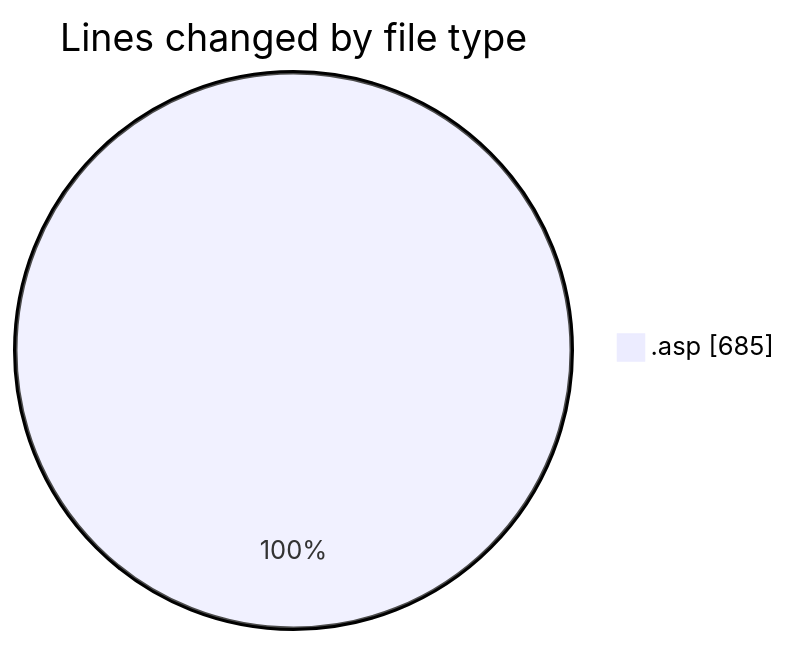
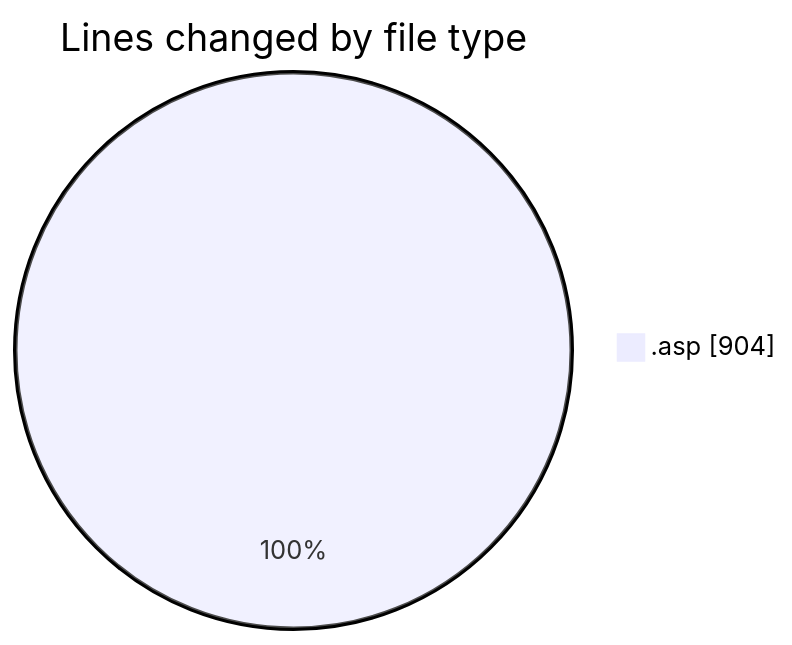
One commit to julien-gomy/code-tracking changed the first of 2 diagrams in 2025-10-07/cdp_aleoudev_fr__workspace_/README.md. Above: the diagram before and after it, drawn with Mermaid. The commit also changed other lines of this file and 1 other file, not shown here.

````diff
--- a/2025-10-07/cdp_aleoudev_fr__workspace_/README.md
+++ b/2025-10-07/cdp_aleoudev_fr__workspace_/README.md
@@ -22,5 +23,5 @@
 ```mermaid
 pie showData
 title Lines changed by file type
-".asp" : 685
+".asp" : 904
 ```
````
